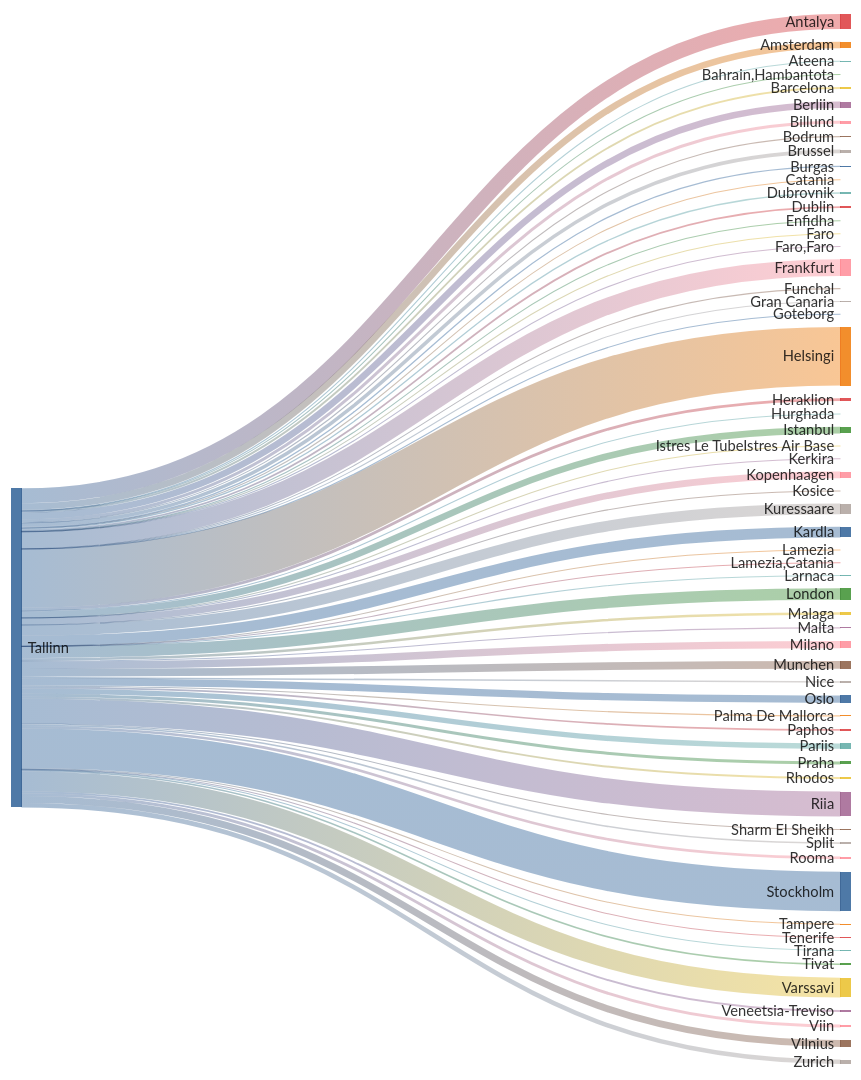
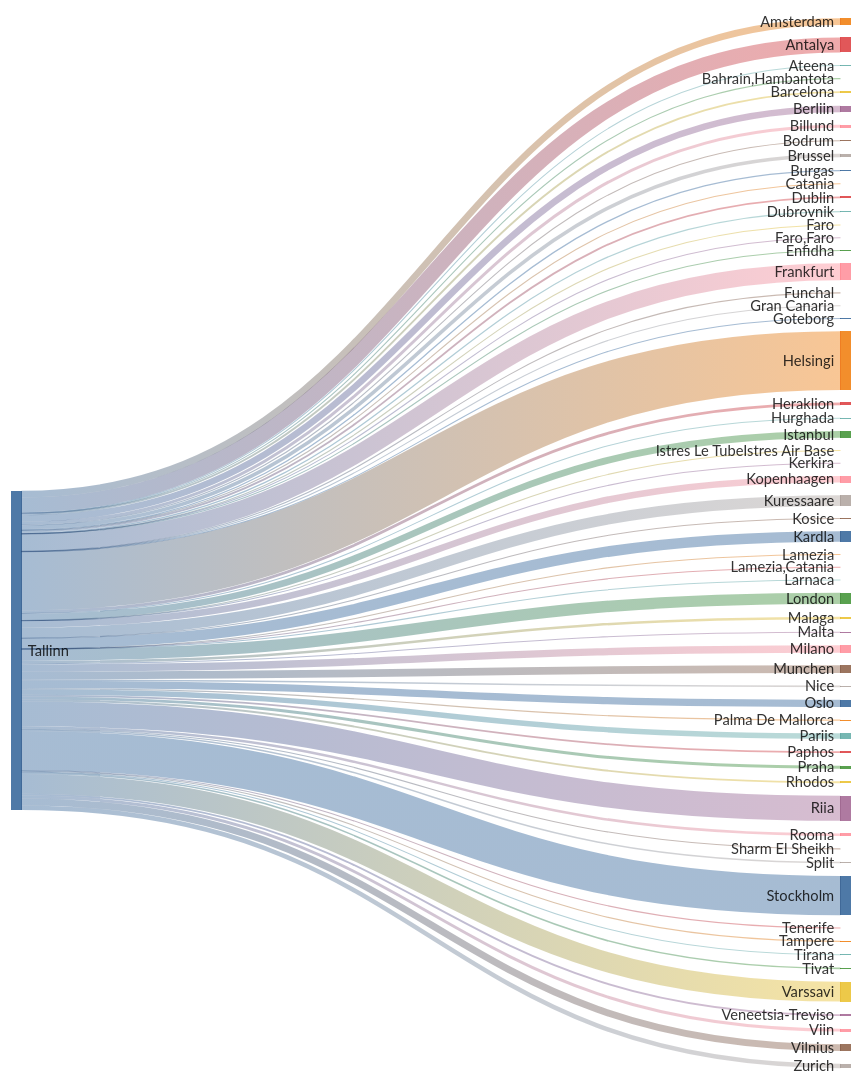
The second of 2 diagrams in README.md (rainermesi/tll-airport-departures), drawn with Mermaid before and after one commit. The commit also changed other lines of this file, not shown here.

````diff
--- a/README.md
+++ b/README.md
@@ -34,72 +34,72 @@
 ```mermaid
 ---
 config:
   sankey:
     showValues: false
     width: 800
     height: 1000
 ---
 sankey-beta
 %% source,target,value
-Tallinn,Amsterdam,107
-Tallinn,Antalya,244
+Tallinn,Amsterdam,109
+Tallinn,Antalya,245
 Tallinn,Ateena,16
 Tallinn,"Bahrain,Hambantota",1
 Tallinn,Barcelona,30
-Tallinn,Berliin,107
+Tallinn,Berliin,108
 Tallinn,Billund,49
 Tallinn,Bodrum,11
-Tallinn,Brussel,58
+Tallinn,Brussel,59
 Tallinn,Burgas,21
 Tallinn,Catania,2
-Tallinn,Dublin,29
+Tallinn,Dublin,30
 Tallinn,Dubrovnik,21
 Tallinn,Enfidha,7
 Tallinn,Faro,4
 Tallinn,"Faro,Faro",1
-Tallinn,Frankfurt,273
-Tallinn,Funchal,3
+Tallinn,Frankfurt,276
+Tallinn,Funchal,4
 Tallinn,Gran Canaria,5
 Tallinn,Goteborg,1
-Tallinn,Helsingi,955
+Tallinn,Helsingi,964
 Tallinn,Heraklion,46
 Tallinn,Hurghada,10
-Tallinn,Istanbul,107
+Tallinn,Istanbul,109
 Tallinn,Istres Le TubeIstres Air Base,2
 Tallinn,Kerkira,4
-Tallinn,Kopenhaagen,109
+Tallinn,Kopenhaagen,110
 Tallinn,Kosice,1
-Tallinn,Kuressaare,173
-Tallinn,Kardla,173
+Tallinn,Kuressaare,175
+Tallinn,Kardla,175
 Tallinn,Lamezia,1
 Tallinn,"Lamezia,Catania",3
 Tallinn,Larnaca,4
-Tallinn,London,186
+Tallinn,London,187
 Tallinn,Malaga,41
 Tallinn,Malta,15
-Tallinn,Milano,120
+Tallinn,Milano,121
 Tallinn,Munchen,127
 Tallinn,Nice,25
-Tallinn,Oslo,118
+Tallinn,Oslo,119
 Tallinn,Palma De Mallorca,19
-Tallinn,Paphos,28
-Tallinn,Pariis,88
+Tallinn,Paphos,29
+Tallinn,Pariis,89
 Tallinn,Praha,49
 Tallinn,Rhodos,32
-Tallinn,Riia,405
+Tallinn,Riia,409
 Tallinn,Rooma,42
 Tallinn,Sharm El Sheikh,11
 Tallinn,Split,25
-Tallinn,Stockholm,642
+Tallinn,Stockholm,645
 Tallinn,Tampere,17
-Tallinn,Tenerife,6
+Tallinn,Tenerife,7
 Tallinn,Tirana,8
 Tallinn,Tivat,26
-Tallinn,Varssavi,323
+Tallinn,Varssavi,326
 Tallinn,Veneetsia-Treviso,30
-Tallinn,Viin,47
-Tallinn,Vilnius,112
-Tallinn,Zurich,74
+Tallinn,Viin,48
+Tallinn,Vilnius,113
+Tallinn,Zurich,75
 
 
 ```
````
